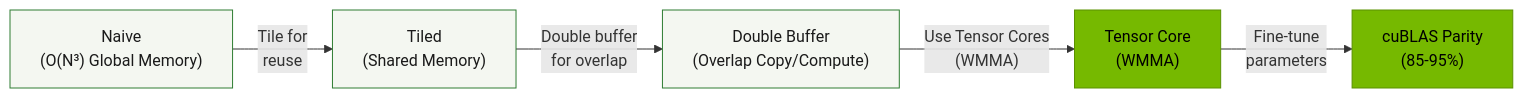
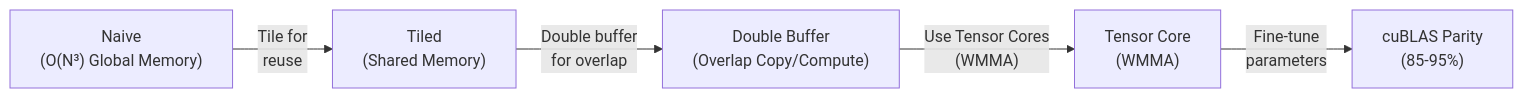
One commit to LessUp/modern-ai-kernels changed the second of 5 diagrams in docs/en/architecture.md. Above: the diagram before and after it, drawn with Mermaid. The commit also changed other lines of this file and 47 other files, not shown here.

````diff
--- a/docs/en/architecture.md
+++ b/docs/en/architecture.md
@@ -109,19 +108,14 @@
 ```mermaid
 flowchart LR
     A["Naive<br/>(O(N³) Global Memory)"]
     B["Tiled<br/>(Shared Memory)"]
     C["Double Buffer<br/>(Overlap Copy/Compute)"]
     D["Tensor Core<br/>(WMMA)"]
     E["cuBLAS Parity<br/>(85-95%)"]
 
     A -->|"Tile for<br/>reuse"| B
     B -->|"Double buffer<br/>for overlap"| C
     C -->|"Use Tensor Cores<br/>(WMMA)"| D
     D -->|"Fine-tune<br/>parameters"| E
 
-    style A fill:#F4F7F1,stroke:#2E7D32,color:#1A1A1A
-    style B fill:#F4F7F1,stroke:#2E7D32,color:#1A1A1A
-    style C fill:#F4F7F1,stroke:#2E7D32,color:#1A1A1A
-    style D fill:#76B900,stroke:#5A9100,color:#000
-    style E fill:#76B900,stroke:#5A9100,color:#000
 ```
````
